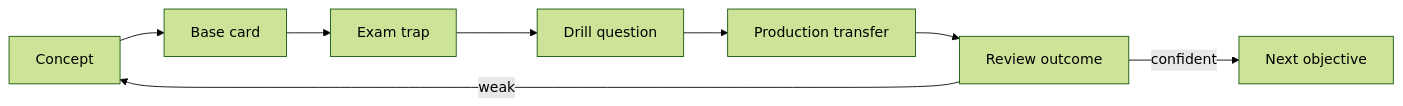
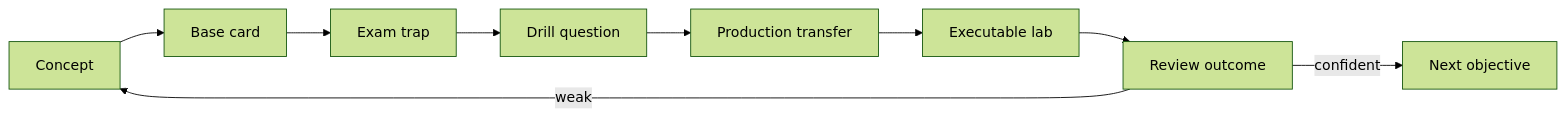
The diagram in 30_CERTIFICATIONS/Certification MOC.md (alimbetov/obsidian), drawn with Mermaid (forest theme) before and after one commit. The commit also changed other lines of this file, not shown here.

````diff
--- a/30_CERTIFICATIONS/Certification MOC.md
+++ b/30_CERTIFICATIONS/Certification MOC.md
@@ -15,10 +15,11 @@
 ```mermaid
 flowchart LR
     C[Concept] --> Q[Base card]
     Q --> T[Exam trap]
     T --> D[Drill question]
     D --> P[Production transfer]
-    P --> R[Review outcome]
+    P --> L[Executable lab]
+    L --> R[Review outcome]
     R -->|weak| C
     R -->|confident| N[Next objective]
 ```
````
